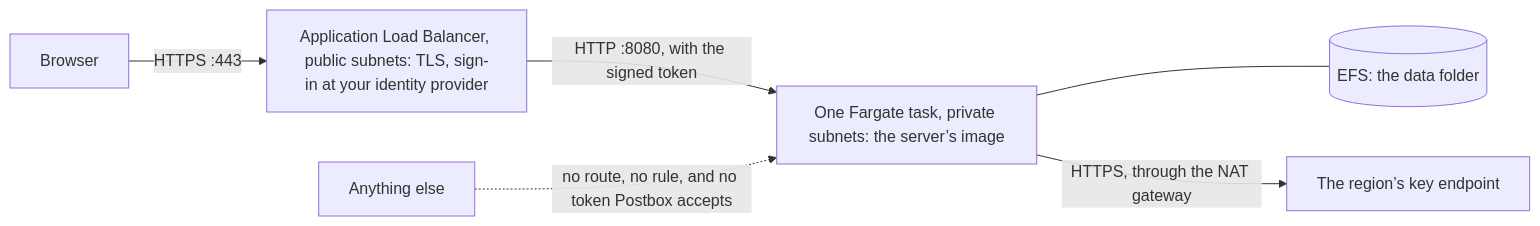
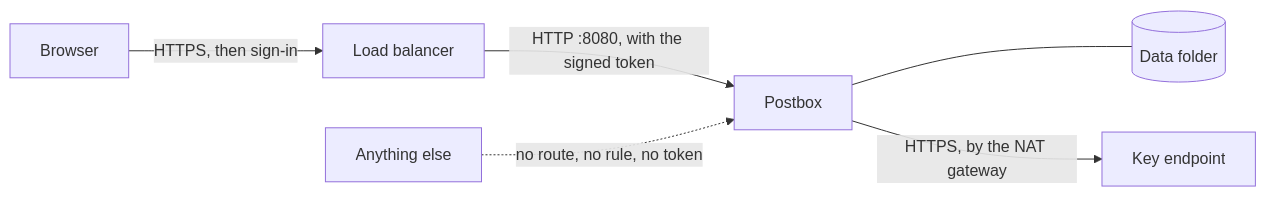
The diagram in infra/README.md (HJeon139/postbox), drawn with Mermaid before and after one commit. The commit also changed other lines of this file and 14 other files, not shown here.

````diff
--- a/infra/README.md
+++ b/infra/README.md
@@ -7,8 +7,8 @@
 ```mermaid
 flowchart LR
-  B[Browser] -->|"HTTPS :443"| LB["Application Load Balancer, public subnets: TLS, sign-in at your identity provider"]
-  LB -->|"HTTP :8080, with the signed token"| T["One Fargate task, private subnets: the server’s image"]
-  T --- D[("EFS: the data folder")]
-  T -->|"HTTPS, through the NAT gateway"| K["The region’s key endpoint"]
-  X[Anything else] -. "no route, no rule, and no token Postbox accepts" .-> T
+  B[Browser] -->|"HTTPS, then sign-in"| LB[Load balancer]
+  LB -->|"HTTP :8080, with the signed token"| T[Postbox]
+  T --- D[(Data folder)]
+  T -->|"HTTPS, by the NAT gateway"| K[Key endpoint]
+  X[Anything else] -. "no route, no rule, no token" .-> T
 ```
````
